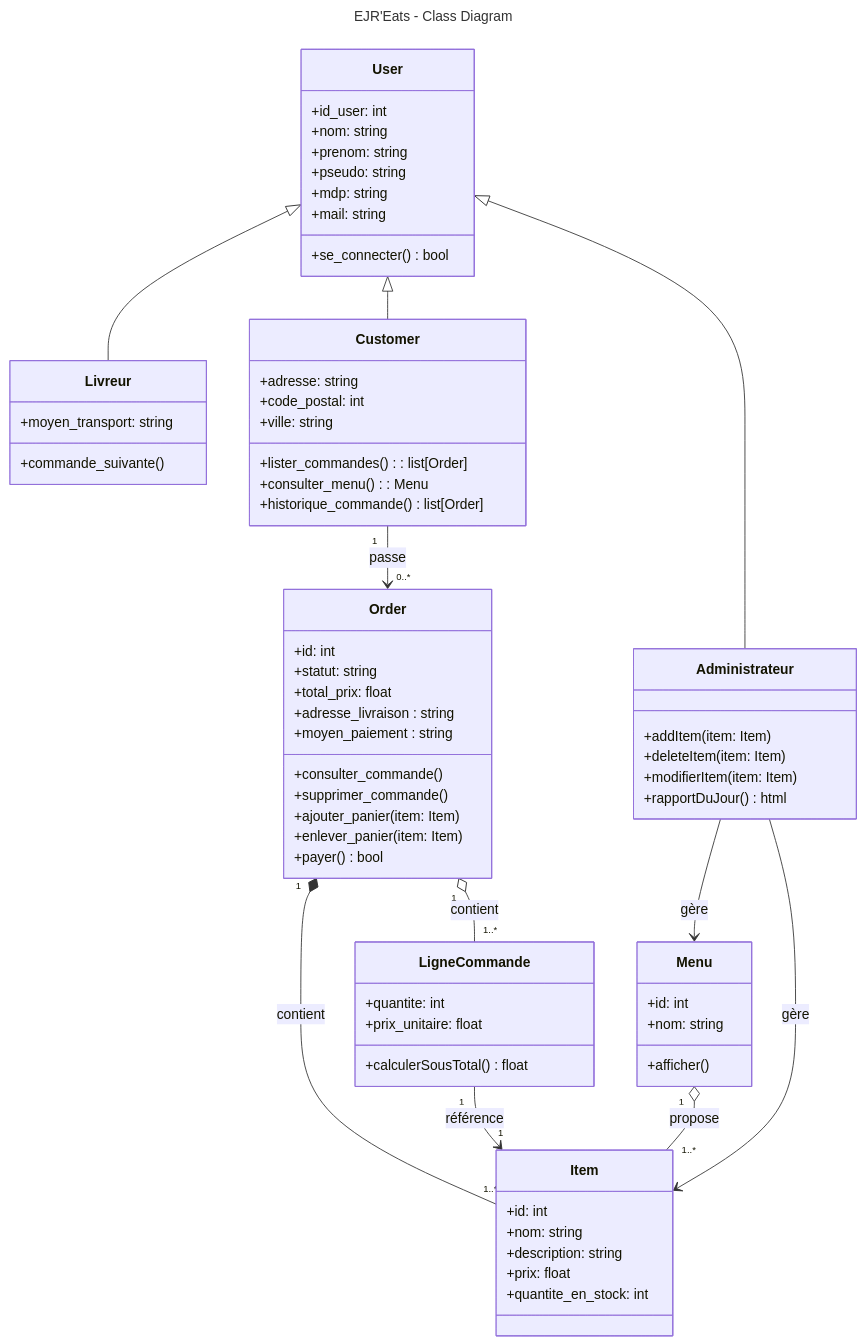
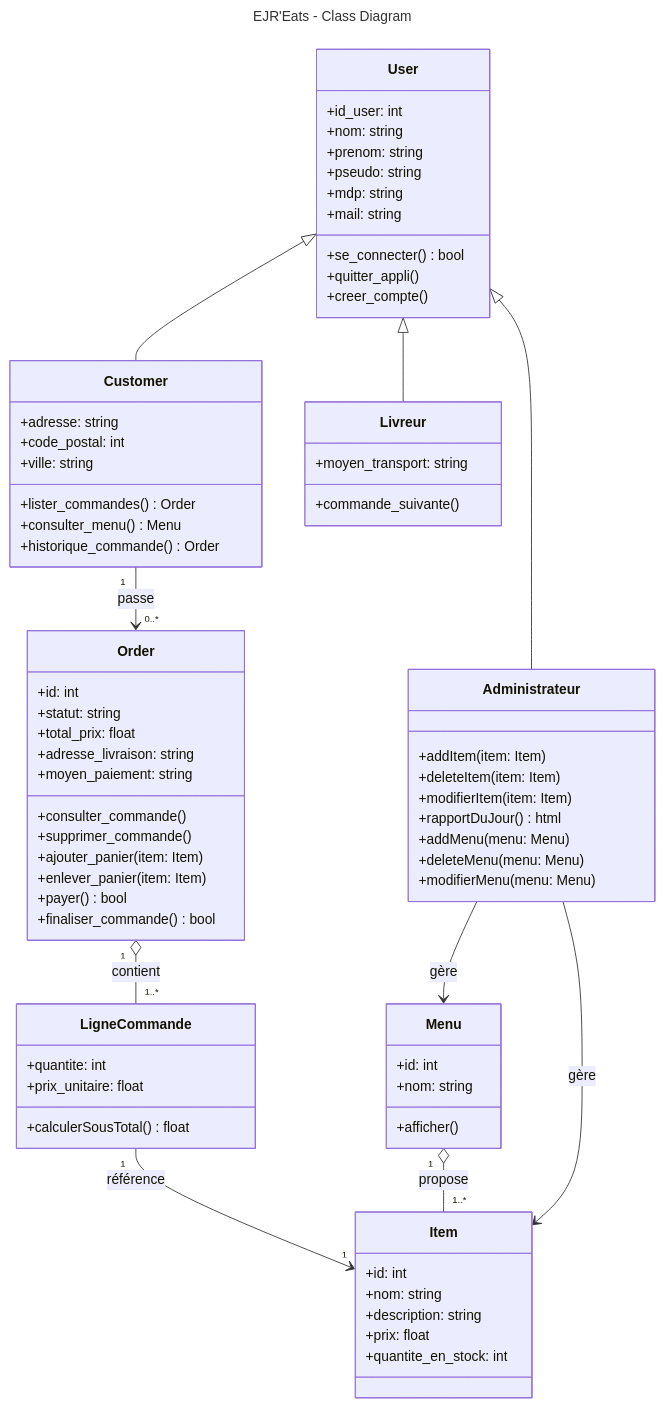
One commit to anaisdrnc/Projet_Info_2A changed the diagram in class_diagram.md. Above: the diagram before and after it, drawn with Mermaid.

Commit message:
dernière modif juliette

````diff
--- a/class_diagram.md
+++ b/class_diagram.md
@@ -12,15 +12,17 @@
         +mdp: string
         +mail: string
         +se_connecter() bool
+        +quitter_appli()
+        +creer_compte()
     }
     
     class Customer {
         +adresse: string
         +code_postal: int
         +ville: string 
-        +lister_commandes(): list[Order]
-        +consulter_menu(): Menu
-        +historique_commande() list[Order]
+        +lister_commandes() Order
+        +consulter_menu() Menu
+        +historique_commande() Order
     }
     
     class Livreur {
@@ -33,20 +35,23 @@
         +deleteItem(item: Item)
         +modifierItem(item: Item)
         +rapportDuJour() html
+        +addMenu(menu: Menu)
+        +deleteMenu(menu: Menu)
+        +modifierMenu(menu: Menu)
     }
     
     class Order {
         +id: int
         +statut: string
         +total_prix: float 
-        +adresse_livraison : string
-        +moyen_paiement : string
+        +adresse_livraison: string
+        +moyen_paiement: string
         +consulter_commande()
         +supprimer_commande()
         +ajouter_panier(item: Item)
         +enlever_panier(item: Item)
         +payer() bool
-        
+        +finaliser_commande() bool
     }
 
     class Item {
@@ -76,10 +81,10 @@
 
     %% Relations
     Customer "1" --> "0..*" Order : passe
-    Order "1" *-- "1..*" Item : contient
-    Menu "1" o-- "1..*" Item : propose
     Order "1" o-- "1..*" LigneCommande : contient
     LigneCommande "1" --> "1" Item : référence
+    Menu "1" o-- "1..*" Item : propose
     Administrateur --> Menu : gère
     Administrateur --> Item : gère
+
 ```
````
